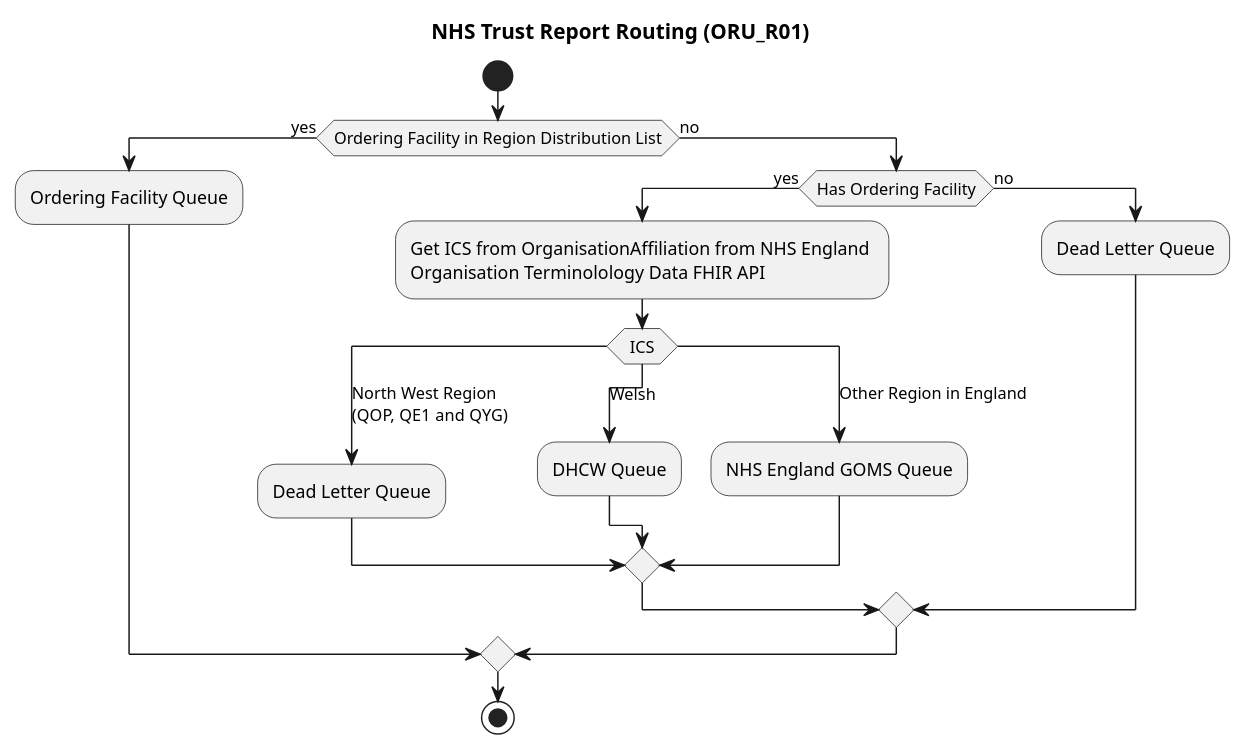
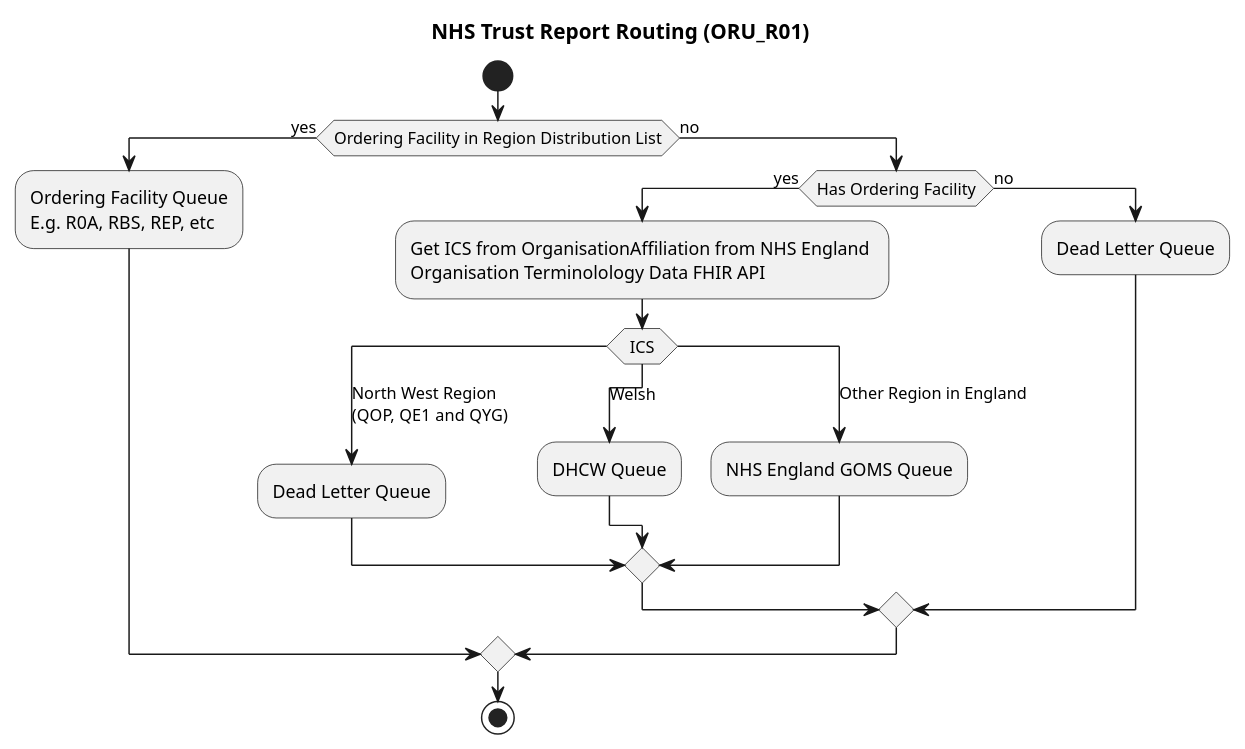
The diagram in input/images-source/routing-oru-r01.plantuml (uk-gov-mirror/nw-gmsa.nw-gmsa.github.com), drawn with PlantUML before and after one commit.

Commit message:
Diagnostic Implication

```diff
--- a/input/images-source/routing-oru-r01.plantuml
+++ b/input/images-source/routing-oru-r01.plantuml
@@ -1,27 +1,27 @@
 @startuml
 title "NHS Trust Report Routing (ORU_R01)"
 
 start
 
 if (Ordering Facility in Region Distribution List) then (yes)
-  :Ordering Facility Queue;
+  :Ordering Facility Queue\nE.g. R0A, RBS, REP, etc;
 else (no)
   if (Has Ordering Facility) then (yes)
     :Get ICS from OrganisationAffiliation from NHS England \nOrganisation Terminolology Data FHIR API;
     switch (ICS)
       case (North West Region\n(QOP, QE1 and QYG))
         :Dead Letter Queue;
       case (Welsh)
         :DHCW Queue;
       case (Other Region in England)
         :NHS England GOMS Queue;
     endswitch
   else (no)
     :Dead Letter Queue;
   endif
 endif
 
 
 stop
 
 @enduml
```
